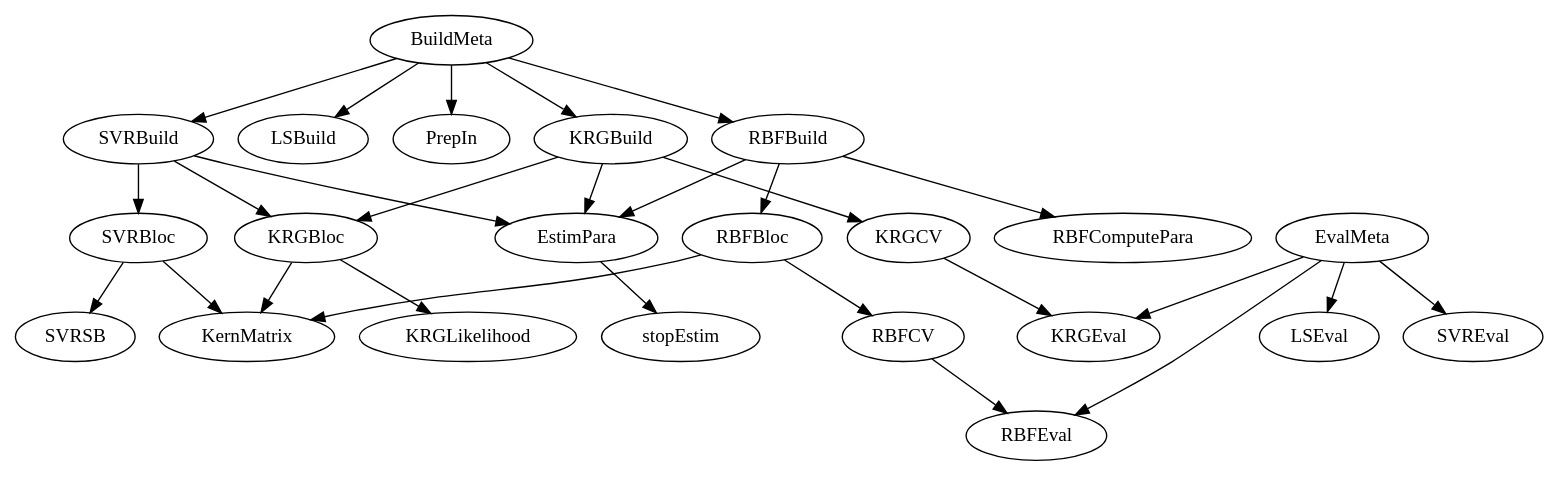
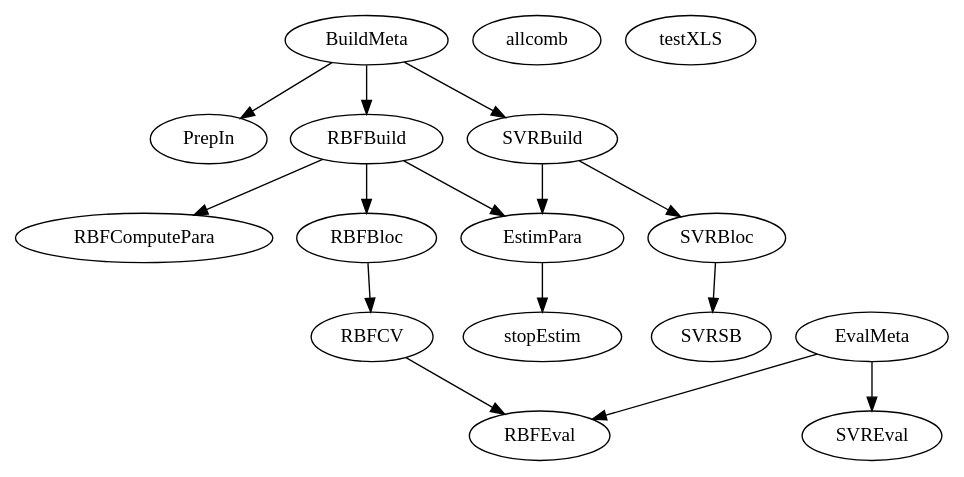
One commit to luclaurent/GRENAT changed the diagram in doc/GRENAT/src/surrogate/graph.dot. Above: the diagram before and after it, drawn with Graphviz. The commit also changed 333 other files, not shown here.

```diff
--- a/doc/GRENAT/src/surrogate/graph.dot
+++ b/doc/GRENAT/src/surrogate/graph.dot
@@ -1,53 +1,34 @@
 /* Created by mdot for Matlab */
 digraph m2html {
-  BuildMeta -> KRGBuild;
-  BuildMeta -> LSBuild;
   BuildMeta -> PrepIn;
   BuildMeta -> RBFBuild;
   BuildMeta -> SVRBuild;
   EstimPara -> stopEstim;
-  EvalMeta -> KRGEval;
-  EvalMeta -> LSEval;
   EvalMeta -> RBFEval;
   EvalMeta -> SVREval;
-  KRGBloc -> KRGLikelihood;
-  KRGBloc -> KernMatrix;
-  KRGBuild -> EstimPara;
-  KRGBuild -> KRGBloc;
-  KRGBuild -> KRGCV;
-  KRGCV -> KRGEval;
-  RBFBloc -> KernMatrix;
   RBFBloc -> RBFCV;
   RBFBuild -> EstimPara;
   RBFBuild -> RBFBloc;
   RBFBuild -> RBFComputePara;
   RBFCV -> RBFEval;
-  SVRBloc -> KernMatrix;
   SVRBloc -> SVRSB;
   SVRBuild -> EstimPara;
-  SVRBuild -> KRGBloc;
   SVRBuild -> SVRBloc;
 
   BuildMeta [URL="BuildMeta.html"];
   EstimPara [URL="EstimPara.html"];
   EvalMeta [URL="EvalMeta.html"];
-  KRGBloc [URL="KRGBloc.html"];
-  KRGBuild [URL="KRGBuild.html"];
-  KRGCV [URL="KRGCV.html"];
-  KRGEval [URL="KRGEval.html"];
-  KRGLikelihood [URL="KRGLikelihood.html"];
-  KernMatrix [URL="KernMatrix.html"];
-  LSBuild [URL="LSBuild.html"];
-  LSEval [URL="LSEval.html"];
   PrepIn [URL="PrepIn.html"];
   RBFBloc [URL="RBFBloc.html"];
   RBFBuild [URL="RBFBuild.html"];
   RBFCV [URL="RBFCV.html"];
   RBFComputePara [URL="RBFComputePara.html"];
   RBFEval [URL="RBFEval.html"];
   SVRBloc [URL="SVRBloc.html"];
   SVRBuild [URL="SVRBuild.html"];
   SVREval [URL="SVREval.html"];
   SVRSB [URL="SVRSB.html"];
+  allcomb [URL="allcomb.html"];
   stopEstim [URL="stopEstim.html"];
+  testXLS [URL="testXLS.html"];
 }
```
